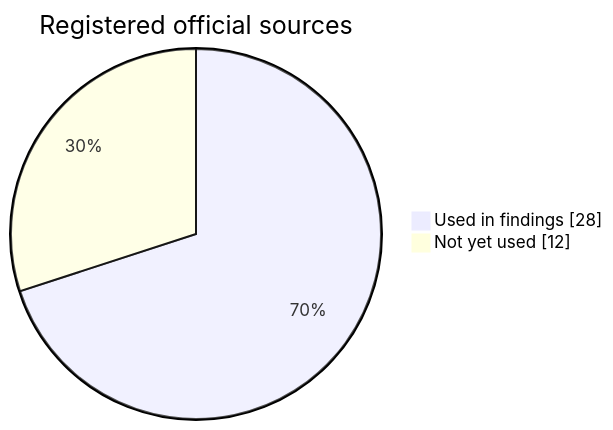
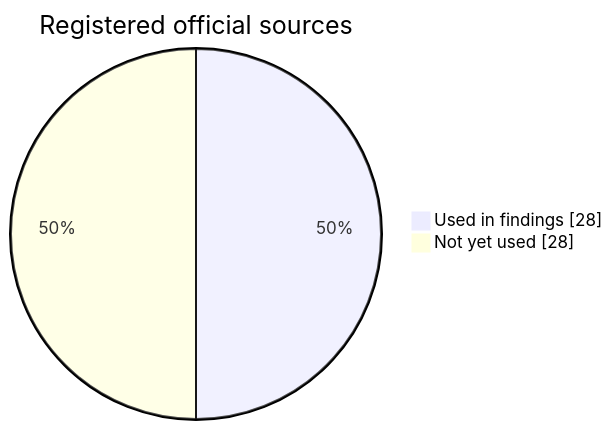
The third of 3 diagrams in reports/evidence-state.md (tomqwu/apim), drawn with Mermaid before and after one commit. The commit also changed other lines of this file and 22 other files, not shown here.

````diff
--- a/reports/evidence-state.md
+++ b/reports/evidence-state.md
@@ -51,6 +51,6 @@
 ```mermaid
 pie showData
   title Registered official sources
   "Used in findings" : 28
-  "Not yet used" : 12
+  "Not yet used" : 28
 ```
````
